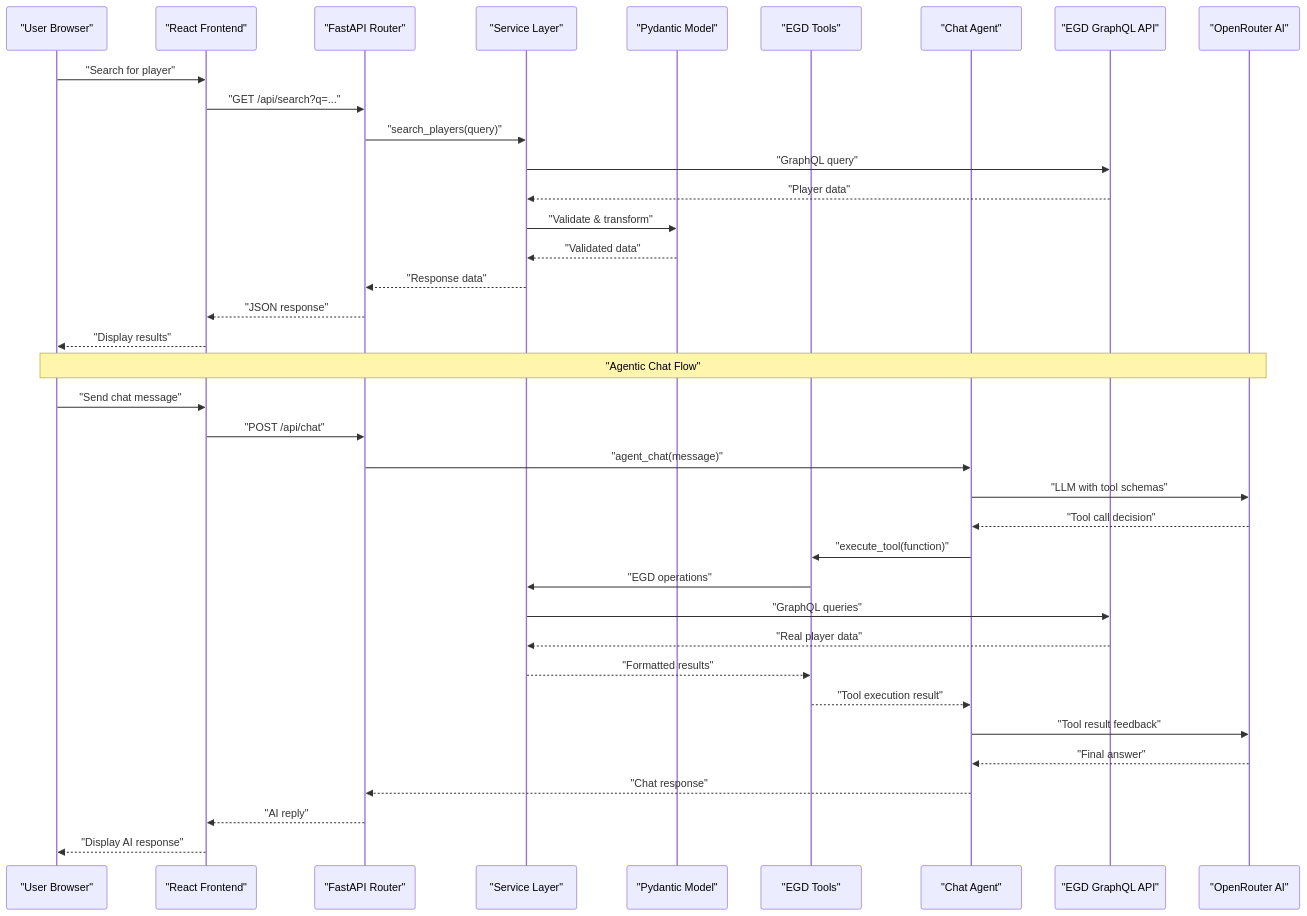
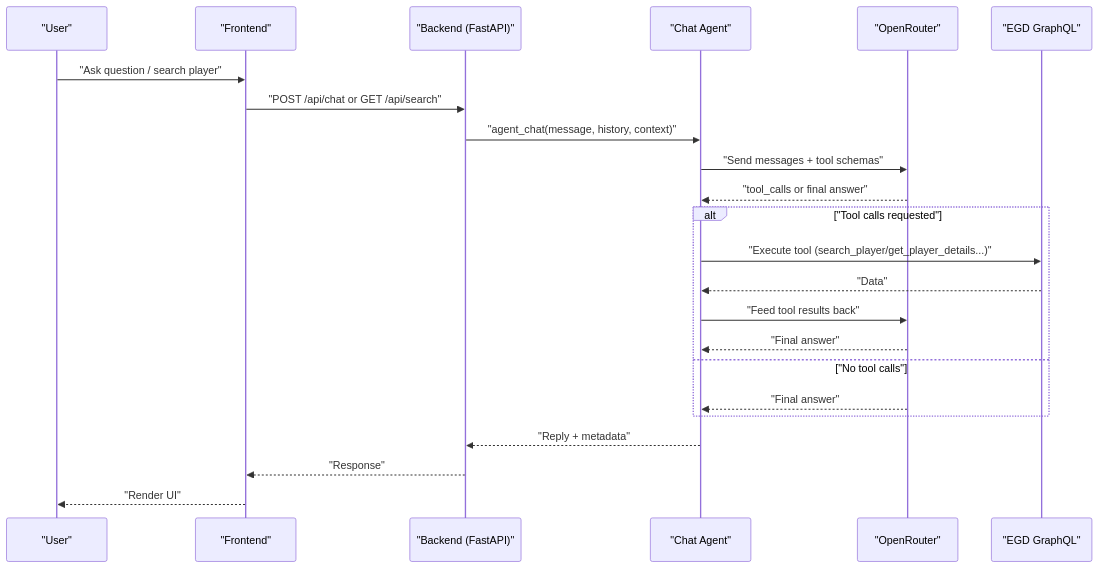
The second of 8 diagrams in .qoder/repowiki/en/content/Project Overview.md (Ragnar1999/GoNow), drawn with Mermaid before and after one commit. The commit also changed other lines of this file and 123 other files, not shown here.

First line of the commit message:
fix: update EGD API token and improve error handling

````diff
--- a/.qoder/repowiki/en/content/Project Overview.md
+++ b/.qoder/repowiki/en/content/Project Overview.md
@@ -128,39 +103,25 @@
 ```mermaid
 sequenceDiagram
-participant User as "User Browser"
-participant React as "React Frontend"
-participant Router as "FastAPI Router"
-participant Service as "Service Layer"
-participant Model as "Pydantic Model"
-participant Tool as "EGD Tools"
-participant Agent as "Chat Agent"
-participant EGD as "EGD GraphQL API"
-participant OpenRouter as "OpenRouter AI"
-User->>React : "Search for player"
-React->>Router : "GET /api/search?q=..."
-Router->>Service : "search_players(query)"
-Service->>EGD : "GraphQL query"
-EGD-->>Service : "Player data"
-Service->>Model : "Validate & transform"
-Model-->>Service : "Validated data"
-Service-->>Router : "Response data"
-Router-->>React : "JSON response"
-React-->>User : "Display results"
-Note over User,OpenRouter : "Agentic Chat Flow"
-User->>React : "Send chat message"
-React->>Router : "POST /api/chat"
-Router->>Agent : "agent_chat(message)"
-Agent->>OpenRouter : "LLM with tool schemas"
-OpenRouter-->>Agent : "Tool call decision"
-Agent->>Tool : "execute_tool(function)"
-Tool->>Service : "EGD operations"
-Service->>EGD : "GraphQL queries"
-EGD-->>Service : "Real player data"
-Service-->>Tool : "Formatted results"
-Tool-->>Agent : "Tool execution result"
-Agent->>OpenRouter : "Tool result feedback"
-OpenRouter-->>Agent : "Final answer"
-Agent-->>Router : "Chat response"
-Router-->>React : "AI reply"
-React-->>User : "Display AI response"
+participant U as "User"
+participant FE as "Frontend"
+participant BE as "Backend (FastAPI)"
+participant AG as "Chat Agent"
+participant OR as "OpenRouter"
+participant EGD as "EGD GraphQL"
+U->>FE : "Ask question / search player"
+FE->>BE : "POST /api/chat or GET /api/search"
+BE->>AG : "agent_chat(message, history, context)"
+AG->>OR : "Send messages + tool schemas"
+OR-->>AG : "tool_calls or final answer"
+alt "Tool calls requested"
+AG->>EGD : "Execute tool (search_player/get_player_details...)"
+EGD-->>AG : "Data"
+AG->>OR : "Feed tool results back"
+OR-->>AG : "Final answer"
+else "No tool calls"
+OR-->>AG : "Final answer"
+end
+AG-->>BE : "Reply + metadata"
+BE-->>FE : "Response"
+FE-->>U : "Render UI"
 ```
````
